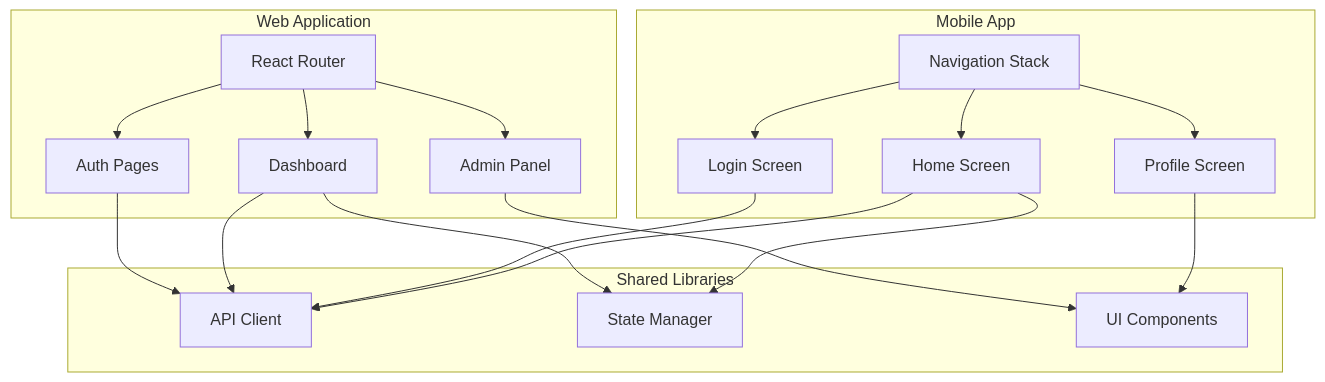
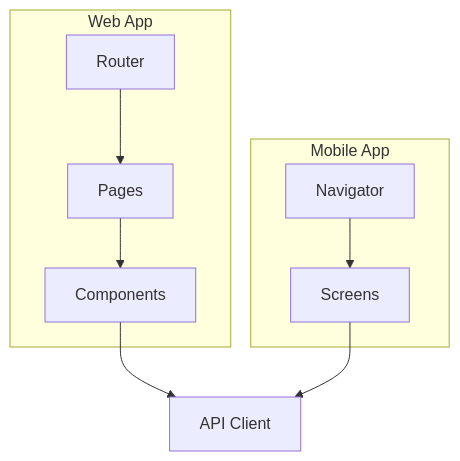
One commit to henry3556108/mermaid-render changed the diagram in diagrams/L2-frontend.mmd. Above: the diagram before and after it, drawn with Mermaid. The commit also changed 4 other files, not shown here.

Commit message:
Simplify sample diagram

```diff
--- a/diagrams/L2-frontend.mmd
+++ b/diagrams/L2-frontend.mmd
@@ -1,35 +1,18 @@
 graph TB
-  subgraph WebApp["Web Application"]
-    Router["React Router"]
-    AuthPage["Auth Pages"]
-    Dashboard["Dashboard"]
-    AdminPanel["Admin Panel"]
-    Router --> AuthPage
-    Router --> Dashboard
-    Router --> AdminPanel
+  subgraph WebApp["Web App"]
+    Router["Router"]
+    Pages["Pages"]
+    Components["Components"]
+    Router --> Pages
+    Pages --> Components
   end
 
   subgraph MobileApp["Mobile App"]
-    Navigation["Navigation Stack"]
-    LoginScreen["Login Screen"]
-    HomeScreen["Home Screen"]
-    ProfileScreen["Profile Screen"]
-    Navigation --> LoginScreen
-    Navigation --> HomeScreen
-    Navigation --> ProfileScreen
+    Navigator["Navigator"]
+    Screens["Screens"]
+    Navigator --> Screens
   end
 
-  subgraph SharedLib["Shared Libraries"]
-    APIClient["API Client"]
-    StateManager["State Manager"]
-    UIComponents["UI Components"]
-  end
-
-  AuthPage --> APIClient
-  Dashboard --> APIClient
-  Dashboard --> StateManager
-  LoginScreen --> APIClient
-  HomeScreen --> APIClient
-  HomeScreen --> StateManager
-  AdminPanel --> UIComponents
-  ProfileScreen --> UIComponents
+  SharedAPI["API Client"]
+  Components --> SharedAPI
+  Screens --> SharedAPI
```
